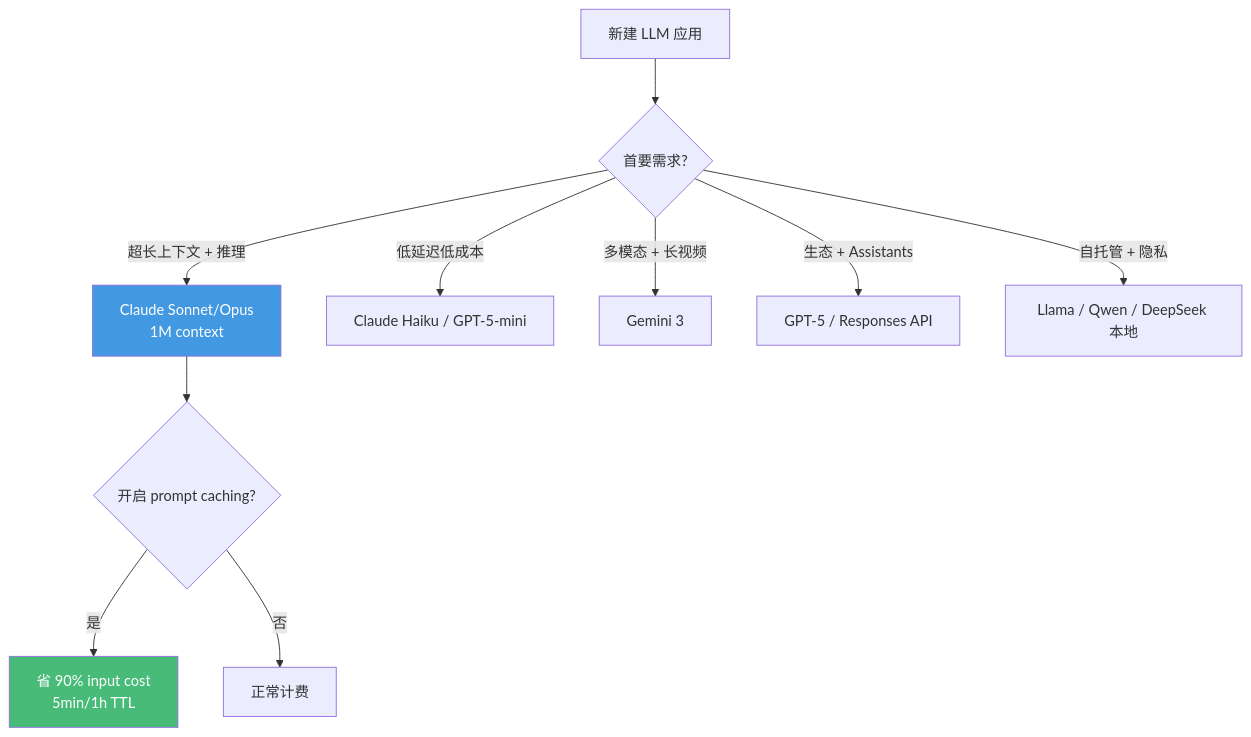
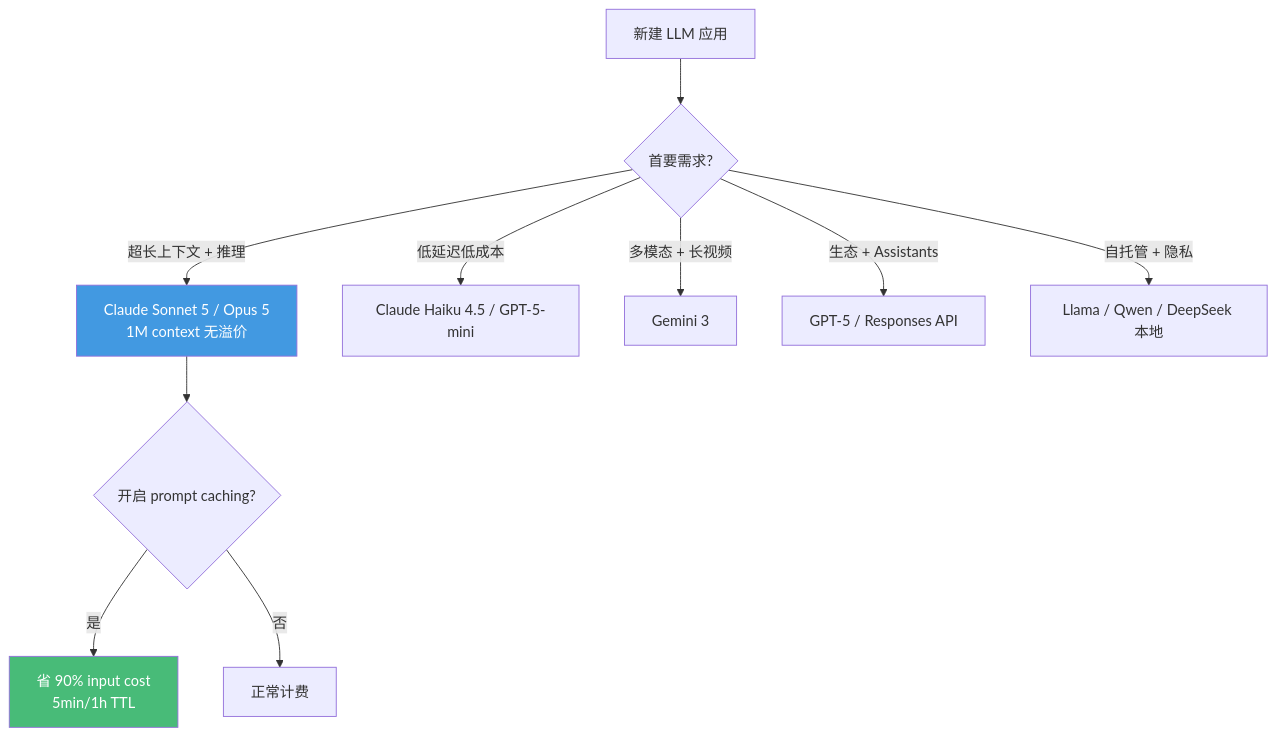
One commit to Kirby980/backend-handbook changed the third of 17 diagrams in ai-backend/ROADMAP.md. Above: the diagram before and after it, drawn with Mermaid. The commit also changed other lines of this file and 16 other files, not shown here.

````diff
--- a/ai-backend/ROADMAP.md
+++ b/ai-backend/ROADMAP.md
@@ -72,16 +73,16 @@
 ```mermaid
 flowchart TD
     Start[新建 LLM 应用] --> Need{首要需求?}
-    Need -->|超长上下文 + 推理| Claude["Claude Sonnet/Opus<br>1M context"]
-    Need -->|低延迟低成本| Haiku["Claude Haiku / GPT-5-mini"]
+    Need -->|超长上下文 + 推理| Claude["Claude Sonnet 5 / Opus 5<br>1M context 无溢价"]
+    Need -->|低延迟低成本| Haiku["Claude Haiku 4.5 / GPT-5-mini"]
     Need -->|多模态 + 长视频| Gemini[Gemini 3]
     Need -->|生态 + Assistants| GPT[GPT-5 / Responses API]
     Need -->|自托管 + 隐私| Local["Llama / Qwen / DeepSeek 本地"]
 
     Claude --> Cache{开启 prompt caching?}
     Cache -->|是| Save["省 90% input cost<br>5min/1h TTL"]
     Cache -->|否| Bill[正常计费]
 
     style Claude fill:#4299e1,color:#fff
     style Save fill:#48bb78,color:#fff
 ```
````
